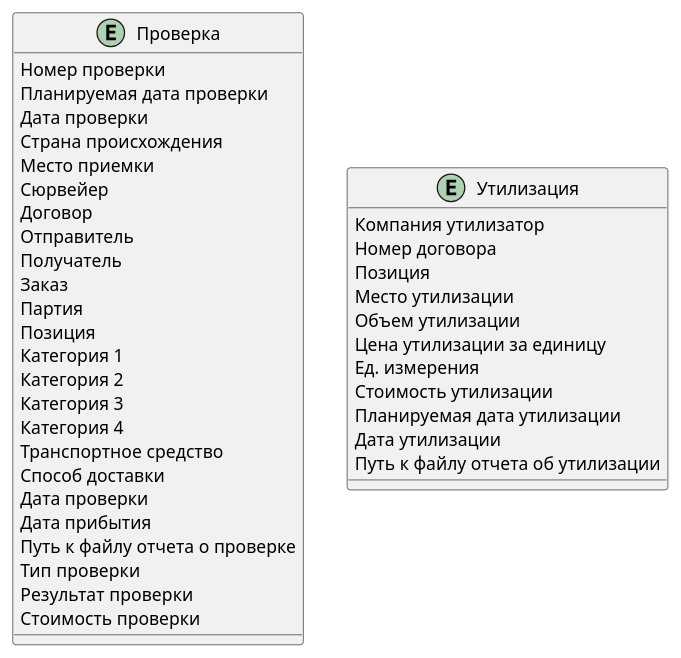
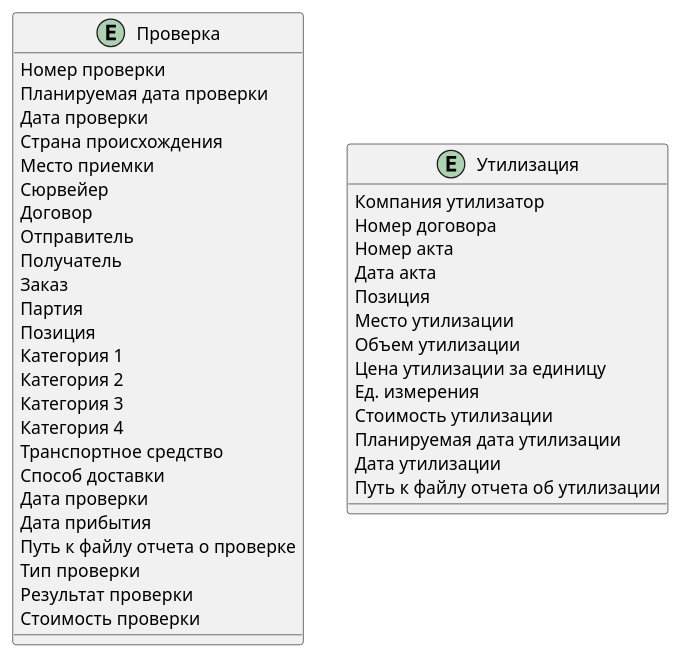
The diagram in 01_dwh_design/08_project/erd/inspections_initial.puml (rsnlearn/karpov_hard_de_40), drawn with PlantUML before and after one commit.

Commit message:
Update inspections_initial.puml add fileds to Утилизация

```diff
--- a/01_dwh_design/08_project/erd/inspections_initial.puml
+++ b/01_dwh_design/08_project/erd/inspections_initial.puml
@@ -1,49 +1,51 @@
 @startuml
 ' hide the spot
 ' hide circle
 
 ' avoid problems with angled crows feet
 skinparam linetype ortho
 
 entity Проверка {
 Номер проверки
 Планируемая дата проверки
 Дата проверки
 Страна происхождения
 Место приемки
 Сюрвейер
 Договор
 Отправитель
 Получатель
 Заказ
 Партия
 Позиция
 Категория 1
 Категория 2
 Категория 3
 Категория 4
 Транспортное средство
 Способ доставки
 Дата проверки
 Дата прибытия
 Путь к файлу отчета о проверке
 Тип проверки
 Результат проверки
 Стоимость проверки
 }
 
 entity Утилизация {
 Компания утилизатор
 Номер договора
+Номер акта
+Дата акта
 Позиция
 Место утилизации
 Объем утилизации
 Цена утилизации за единицу
 Ед. измерения
 Стоимость утилизации
 Планируемая дата утилизации
 Дата утилизации
 Путь к файлу отчета об утилизации
 }
 
 @enduml
```
